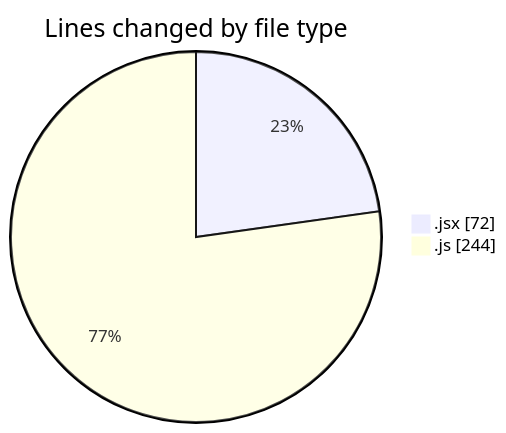
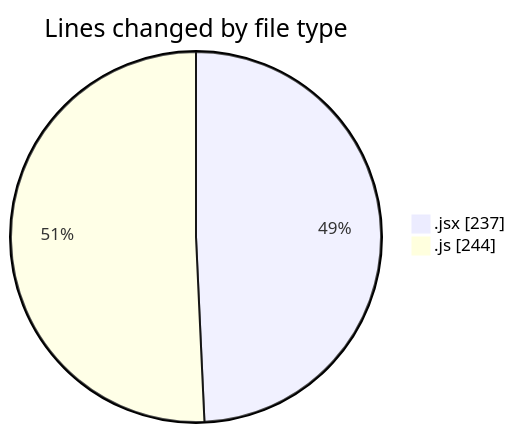
One commit to nxtqubesakshisongat/code-tracking changed the first of 2 diagrams in 2025-12-14/nxtqube_webapp/README.md. Above: the diagram before and after it, drawn with Mermaid. The commit also changed other lines of this file and 1 other file, not shown here.

````diff
--- a/2025-12-14/nxtqube_webapp/README.md
+++ b/2025-12-14/nxtqube_webapp/README.md
@@ -22,6 +22,6 @@
 ```mermaid
 pie showData
 title Lines changed by file type
-".jsx" : 72
+".jsx" : 237
 ".js" : 244
 ```
````
